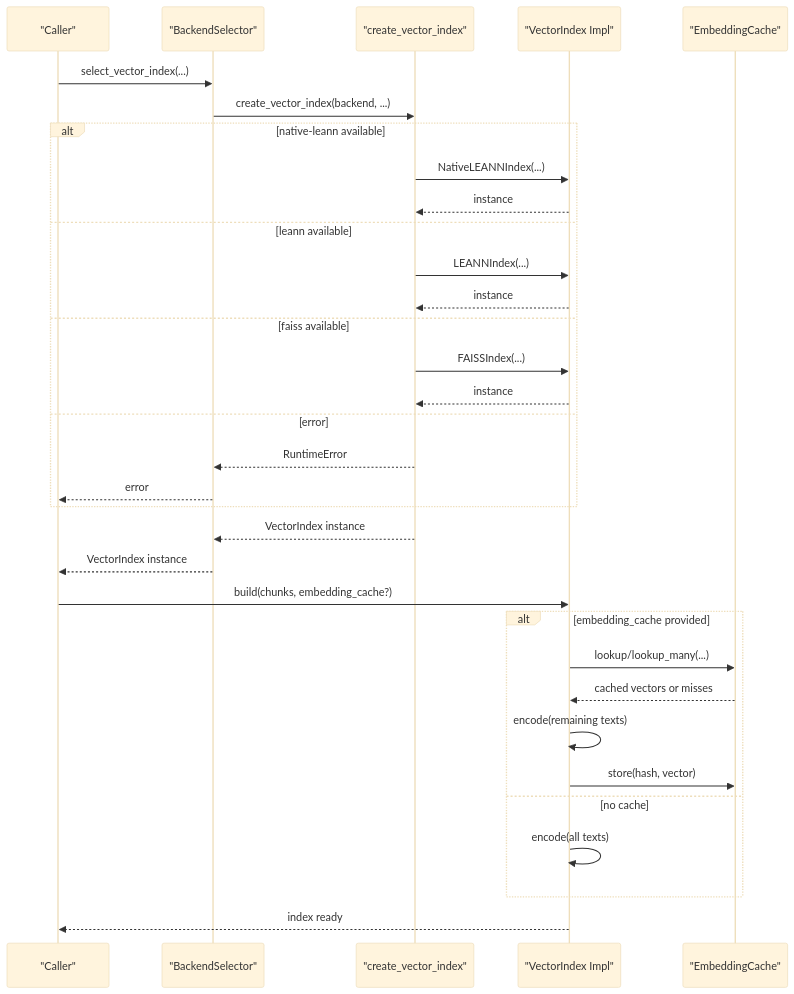
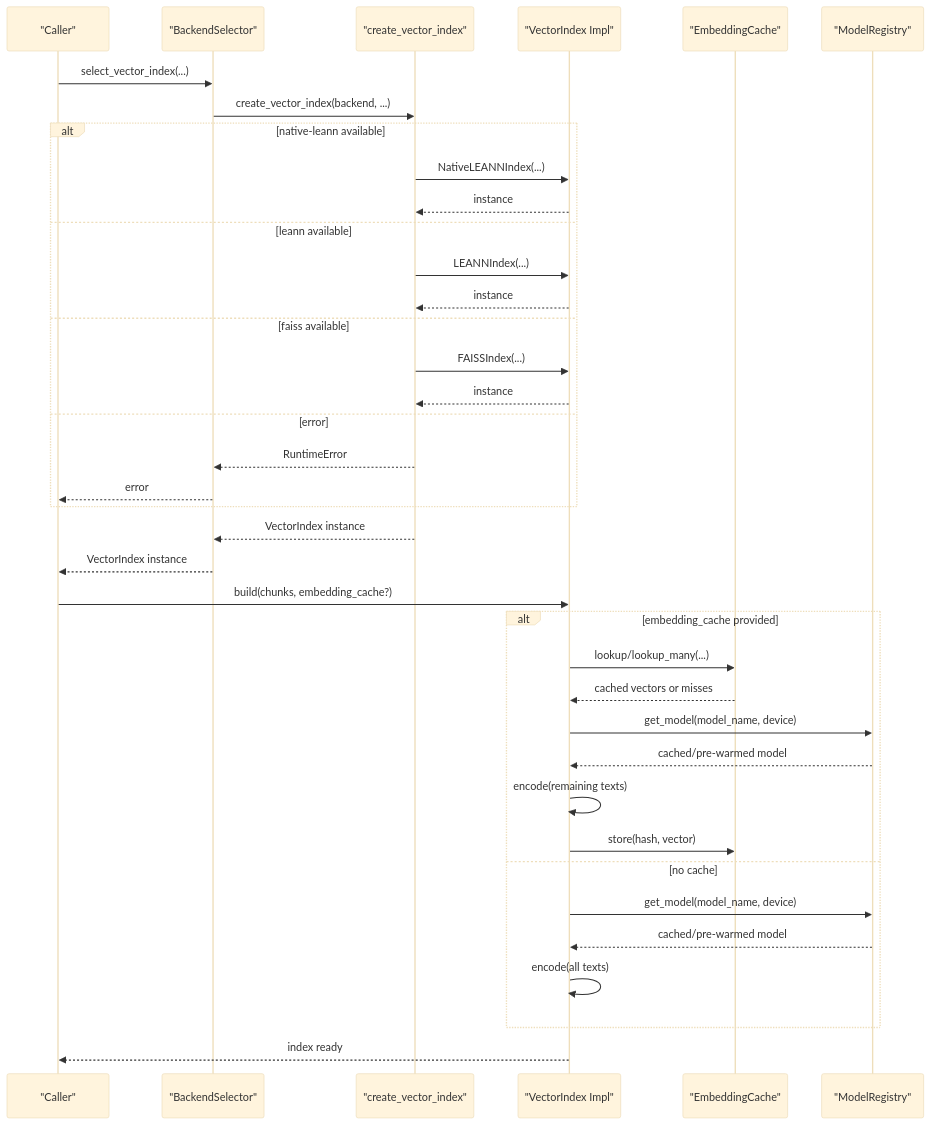
One commit to maemreyo/zmr-ctx-paker changed the second of 11 diagrams in .qoder/repowiki/en/content/Core Modules/Vector Index System/Vector Index System.md. Above: the diagram before and after it, drawn with Mermaid (base theme). The commit also changed other lines of this file and 94 other files, not shown here.

````diff
--- a/.qoder/repowiki/en/content/Core Modules/Vector Index System/Vector Index System.md
+++ b/.qoder/repowiki/en/content/Core Modules/Vector Index System/Vector Index System.md
@@ -104,35 +131,40 @@
 ```mermaid
 sequenceDiagram
 participant User as "Caller"
 participant Selector as "BackendSelector"
 participant Factory as "create_vector_index"
 participant Impl as "VectorIndex Impl"
 participant Cache as "EmbeddingCache"
+participant Registry as "ModelRegistry"
 User->>Selector : select_vector_index(...)
 Selector->>Factory : create_vector_index(backend, ...)
 alt native-leann available
 Factory->>Impl : NativeLEANNIndex(...)
 Impl-->>Factory : instance
 else leann available
 Factory->>Impl : LEANNIndex(...)
 Impl-->>Factory : instance
 else faiss available
 Factory->>Impl : FAISSIndex(...)
 Impl-->>Factory : instance
 else error
 Factory-->>Selector : RuntimeError
 Selector-->>User : error
 end
 Factory-->>Selector : VectorIndex instance
 Selector-->>User : VectorIndex instance
 User->>Impl : build(chunks, embedding_cache?)
 alt embedding_cache provided
 Impl->>Cache : lookup/lookup_many(...)
 Cache-->>Impl : cached vectors or misses
+Impl->>Registry : get_model(model_name, device)
+Registry-->>Impl : cached/pre-warmed model
 Impl->>Impl : encode(remaining texts)
 Impl->>Cache : store(hash, vector)
 else no cache
+Impl->>Registry : get_model(model_name, device)
+Registry-->>Impl : cached/pre-warmed model
 Impl->>Impl : encode(all texts)
 end
 Impl-->>User : index ready
 ```
````
